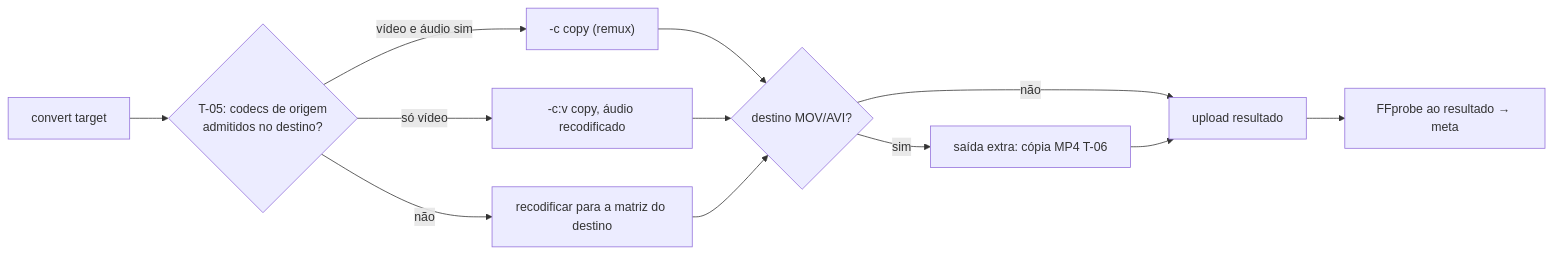
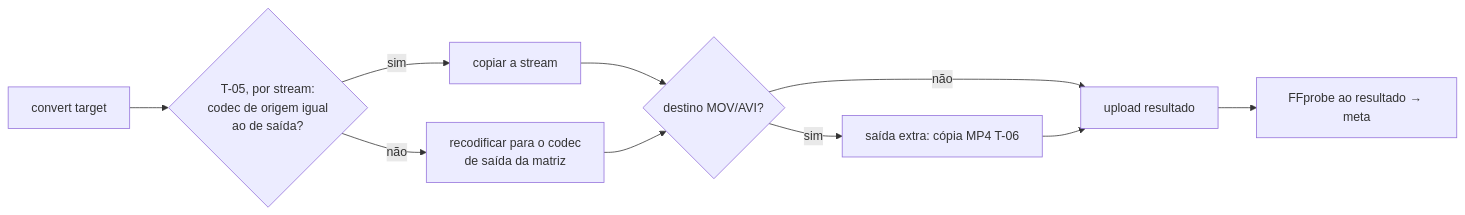
The fifth of 8 diagrams in docs/add.md (luis444coelho/picturas-27-extension), drawn with Mermaid before and after one commit. The commit also changed other lines of this file, not shown here.

````diff
--- a/docs/add.md
+++ b/docs/add.md
@@ -807,14 +873,12 @@
 ```mermaid
 flowchart LR
-    A[convert target] --> B{T-05: codecs de origem<br/>admitidos no destino?}
-    B -- vídeo e áudio sim --> C["-c copy (remux)"]
-    B -- só vídeo --> D["-c:v copy, áudio recodificado"]
-    B -- não --> E[recodificar para a matriz do destino]
+    A[convert target] --> B{T-05, por stream:<br/>codec de origem igual<br/>ao de saída?}
+    B -- sim --> C[copiar a stream]
+    B -- não --> E[recodificar para o codec<br/>de saída da matriz]
     C --> F{destino MOV/AVI?}
-    D --> F
     E --> F
     F -- sim --> G[saída extra: cópia MP4 T-06]
     F -- não --> H[upload resultado]
     G --> H
     H --> I[FFprobe ao resultado → meta]
 ```
````
